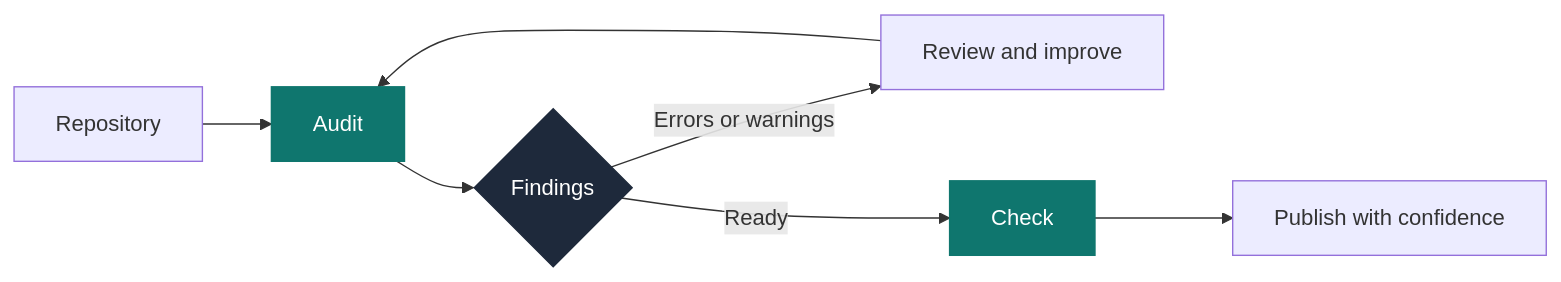
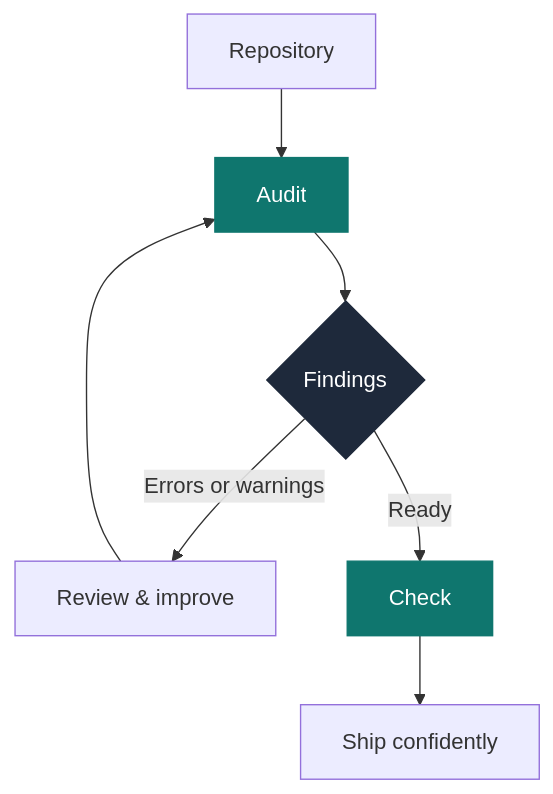
One commit to everton-soares1985/github-project-publisher changed the first of 2 diagrams in README.md. Above: the diagram before and after it, drawn with Mermaid. The commit also changed other lines of this file and 8 other files, not shown here.

````diff
--- a/README.md
+++ b/README.md
@@ -42,14 +52,14 @@
 ```mermaid
-flowchart LR
+flowchart TD
     A[Repository] --> B[Audit]
     B --> C{Findings}
-    C -->|Errors or warnings| D[Review and improve]
+    C -->|Errors or warnings| D[Review & improve]
     D --> B
     C -->|Ready| E[Check]
-    E --> F[Publish with confidence]
+    E --> F[Ship confidently]
 
     classDef action fill:#0f766e,color:#ffffff,stroke:#0f766e;
     classDef gate fill:#1e293b,color:#ffffff,stroke:#1e293b;
     class B,E action;
     class C gate;
 ```
````
